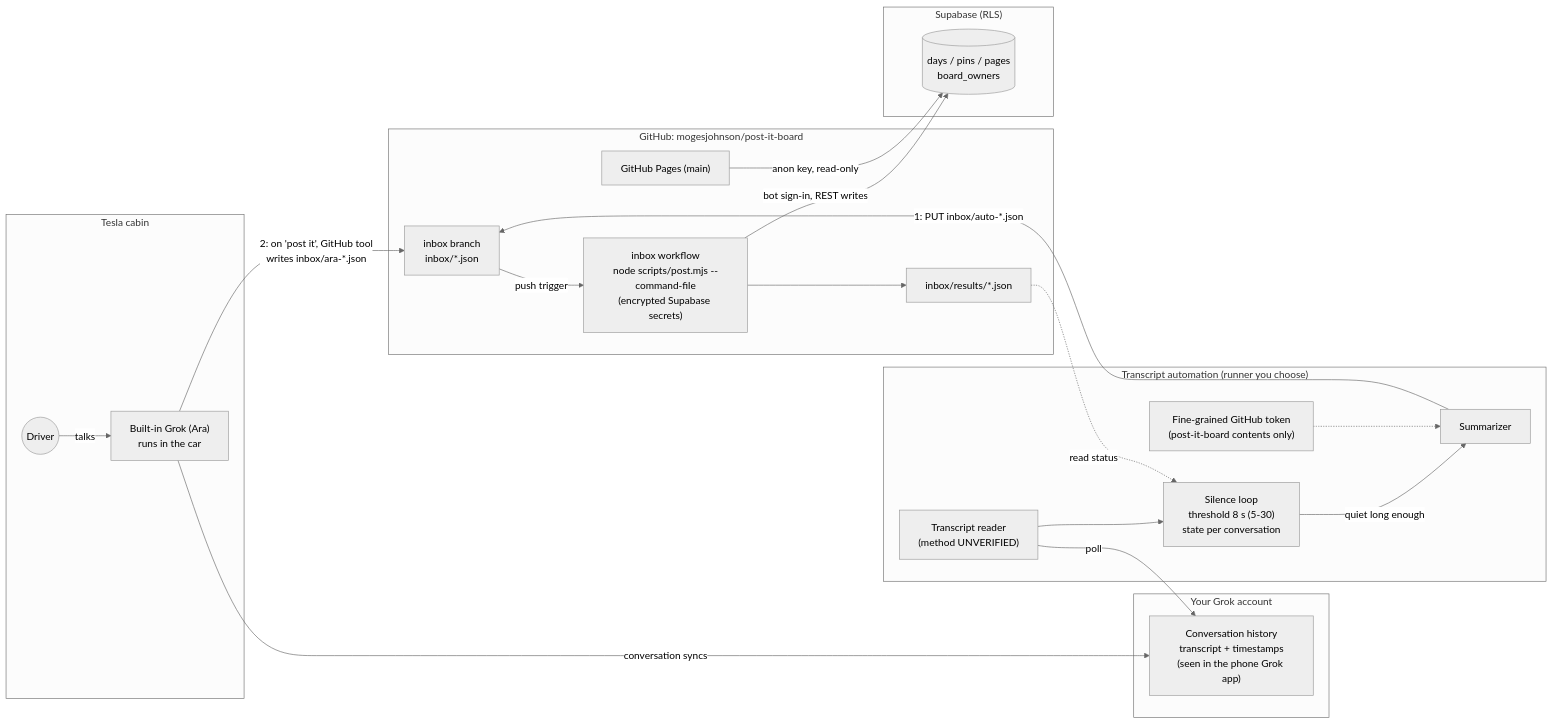
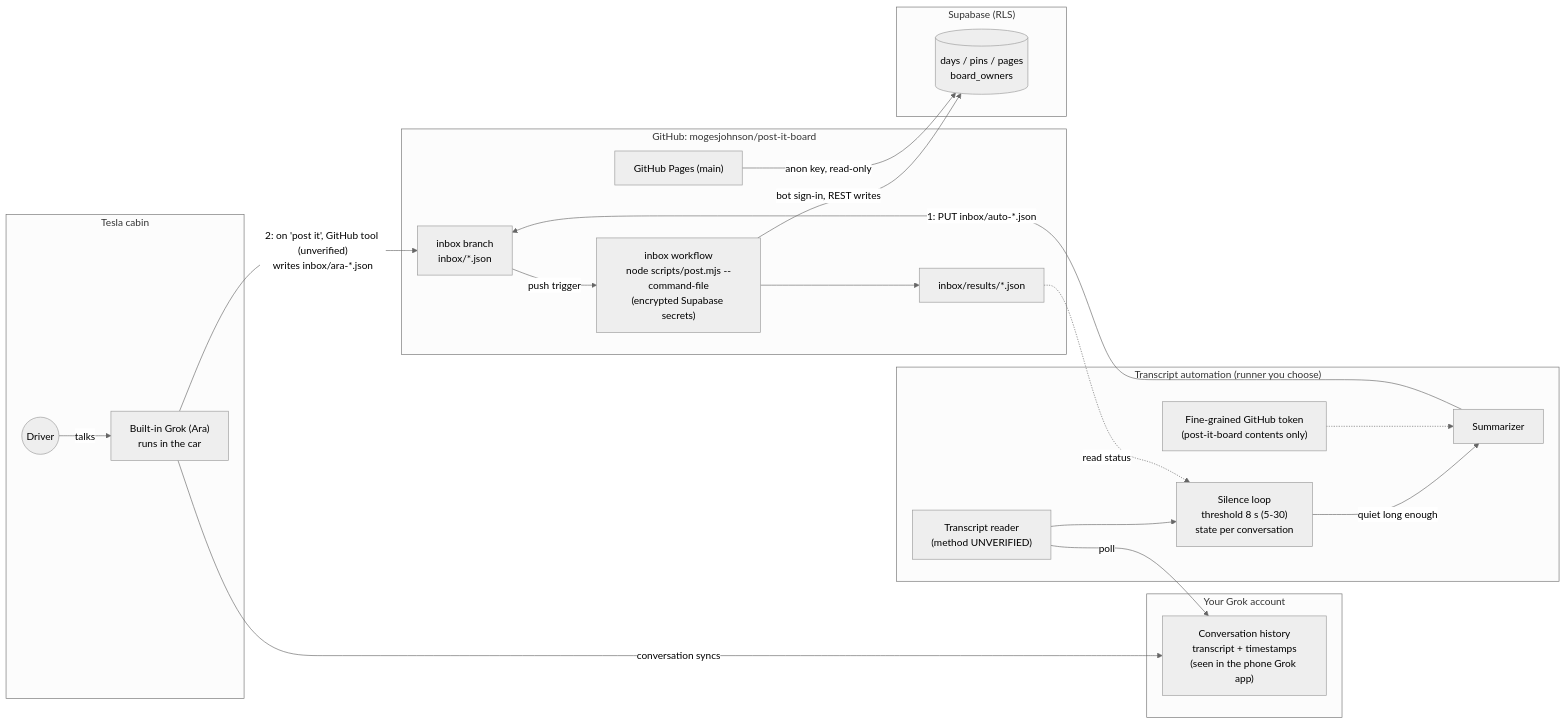
The first of 3 diagrams in docs/architecture.md (mogesjohnson/how-to-post-it), drawn with Mermaid (neutral theme) before and after one commit. The commit also changed other lines of this file and 9 other files, not shown here.

````diff
--- a/docs/architecture.md
+++ b/docs/architecture.md
@@ -17,49 +17,49 @@
 ```mermaid
 flowchart LR
   subgraph Car["Tesla cabin"]
     Driver(("Driver"))
     BuiltIn["Built-in Grok (Ara)<br/>runs in the car"]
   end
 
   subgraph Grok["Your Grok account"]
     History["Conversation history<br/>transcript + timestamps<br/>(seen in the phone Grok app)"]
   end
 
   subgraph Runner["Transcript automation (runner you choose)"]
     Reader["Transcript reader<br/>(method UNVERIFIED)"]
     Loop["Silence loop<br/>threshold 8 s (5-30)<br/>state per conversation"]
     Sum["Summarizer"]
     Tok["Fine-grained GitHub token<br/>(post-it-board contents only)"]
   end
 
   subgraph GH["GitHub: mogesjohnson/post-it-board"]
     Inbox["inbox branch<br/>inbox/*.json"]
     Actions["inbox workflow<br/>node scripts/post.mjs --command-file<br/>(encrypted Supabase secrets)"]
     Results["inbox/results/*.json"]
     Pages["GitHub Pages (main)"]
   end
 
   subgraph SB["Supabase (RLS)"]
     DB[("days / pins / pages<br/>board_owners")]
   end
 
   Driver -- "talks" --> BuiltIn
   BuiltIn -- "conversation syncs" --> History
 
   %% Path 1
   Reader -- "poll" --> History
   Reader --> Loop
   Loop -- "quiet long enough" --> Sum
   Tok -.-> Sum
   Sum -- "1: PUT inbox/auto-*.json" --> Inbox
 
   %% Path 2
-  BuiltIn -- "2: on 'post it', GitHub tool<br/>writes inbox/ara-*.json" --> Inbox
+  BuiltIn -- "2: on 'post it', GitHub tool (unverified)<br/>writes inbox/ara-*.json" --> Inbox
 
   %% Shared
   Inbox -- "push trigger" --> Actions
   Actions -- "bot sign-in, REST writes" --> DB
   Actions --> Results
   Results -. "read status" .-> Loop
   Pages -- "anon key, read-only" --> DB
 ```
````
